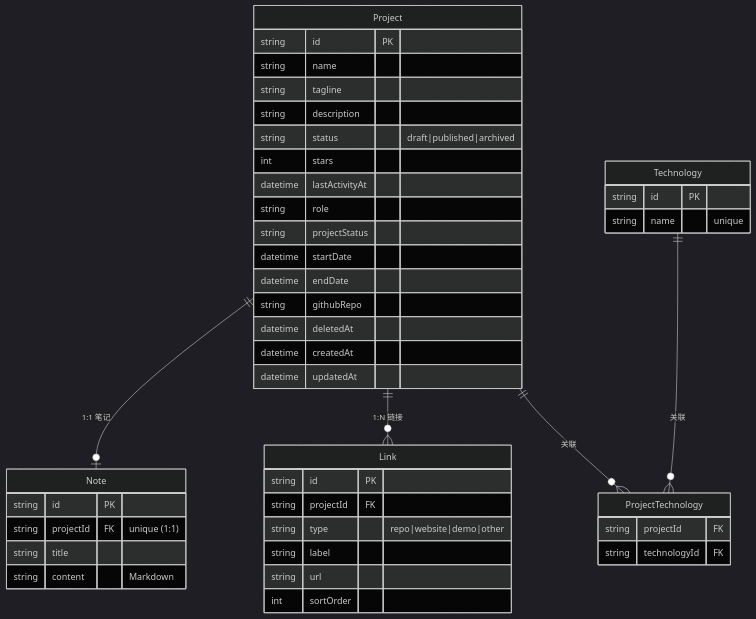
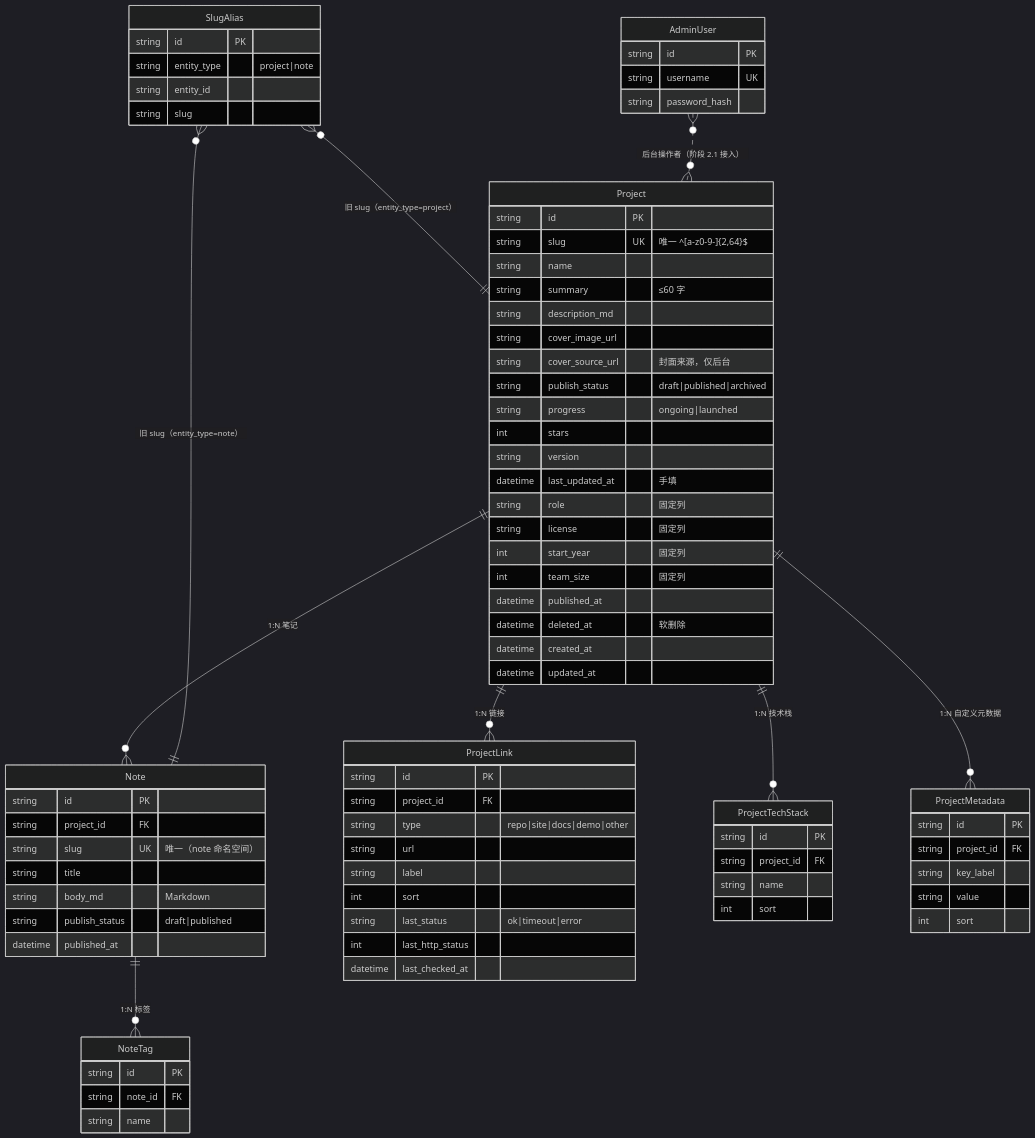
The diagram in docs/data-model.md (jsonbug/portfolio), drawn with Mermaid (dark theme) before and after one commit. The commit also changed other lines of this file and 21 other files, not shown here.

````diff
--- a/docs/data-model.md
+++ b/docs/data-model.md
@@ -8,47 +9,83 @@
 ```mermaid
 erDiagram
-    Project ||--o| Note : "1:1 笔记"
-    Project ||--o{ Link : "1:N 链接"
-    Project ||--o{ ProjectTechnology : "关联"
-    Technology ||--o{ ProjectTechnology : "关联"
+    Project ||--o{ Note : "1:N 笔记"
+    Project ||--o{ ProjectLink : "1:N 链接"
+    Project ||--o{ ProjectTechStack : "1:N 技术栈"
+    Project ||--o{ ProjectMetadata : "1:N 自定义元数据"
+    Note ||--o{ NoteTag : "1:N 标签"
+    SlugAlias }o--|| Project : "旧 slug（entity_type=project）"
+    SlugAlias }o--|| Note : "旧 slug（entity_type=note）"
+    AdminUser }o..o{ Project : "后台操作者（阶段 2.1 接入）"
 
     Project {
         string id PK
+        string slug UK "唯一 ^[a-z0-9-]{2,64}$"
         string name
-        string tagline
-        string description
-        string status "draft|published|archived"
+        string summary "≤60 字"
+        string description_md
+        string cover_image_url
+        string cover_source_url "封面来源，仅后台"
+        string publish_status "draft|published|archived"
+        string progress "ongoing|launched"
         int stars
-        datetime lastActivityAt
-        string role
-        string projectStatus
-        datetime startDate
-        datetime endDate
-        string githubRepo
-        datetime deletedAt
-        datetime createdAt
-        datetime updatedAt
+        string version
+        datetime last_updated_at "手填"
+        string role "固定列"
+        string license "固定列"
+        int start_year "固定列"
+        int team_size "固定列"
+        datetime published_at
+        datetime deleted_at "软删除"
+        datetime created_at
+        datetime updated_at
     }
     Note {
         string id PK
-        string projectId FK "unique (1:1)"
+        string project_id FK
+        string slug UK "唯一（note 命名空间）"
         string title
-        string content "Markdown"
+        string body_md "Markdown"
+        string publish_status "draft|published"
+        datetime published_at
     }
-    Link {
+    ProjectLink {
         string id PK
-        string projectId FK
-        string type "repo|website|demo|other"
+        string project_id FK
+        string type "repo|site|docs|demo|other"
+        string url
         string label
-        string url
-        int sortOrder
+        int sort
+        string last_status "ok|timeout|error"
+        int last_http_status
+        datetime last_checked_at
     }
-    Technology {
+    ProjectTechStack {
         string id PK
-        string name "unique"
+        string project_id FK
+        string name
+        int sort
     }
-    ProjectTechnology {
-        string projectId FK
-        string technologyId FK
+    ProjectMetadata {
+        string id PK
+        string project_id FK
+        string key_label
+        string value
+        int sort
+    }
+    NoteTag {
+        string id PK
+        string note_id FK
+        string name
+    }
+    SlugAlias {
+        string id PK
+        string entity_type "project|note"
+        string entity_id
+        string slug
+    }
+    AdminUser {
+        string id PK
+        string username UK
+        string password_hash
     }
 ```
````
